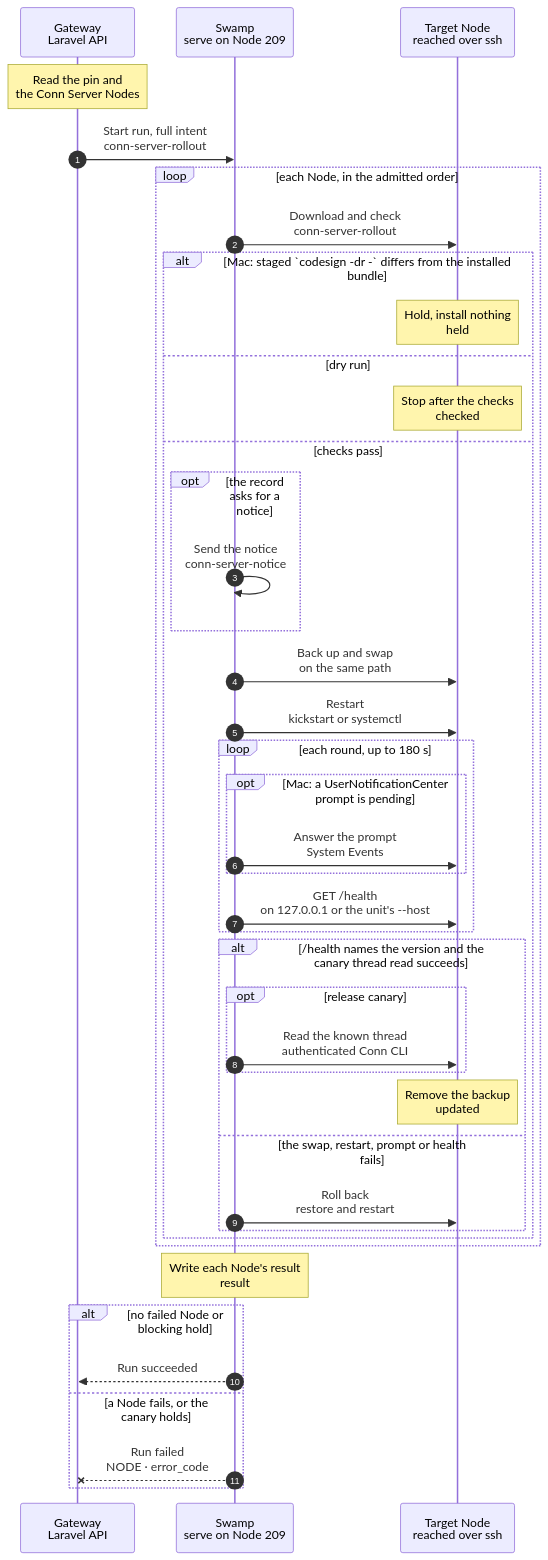
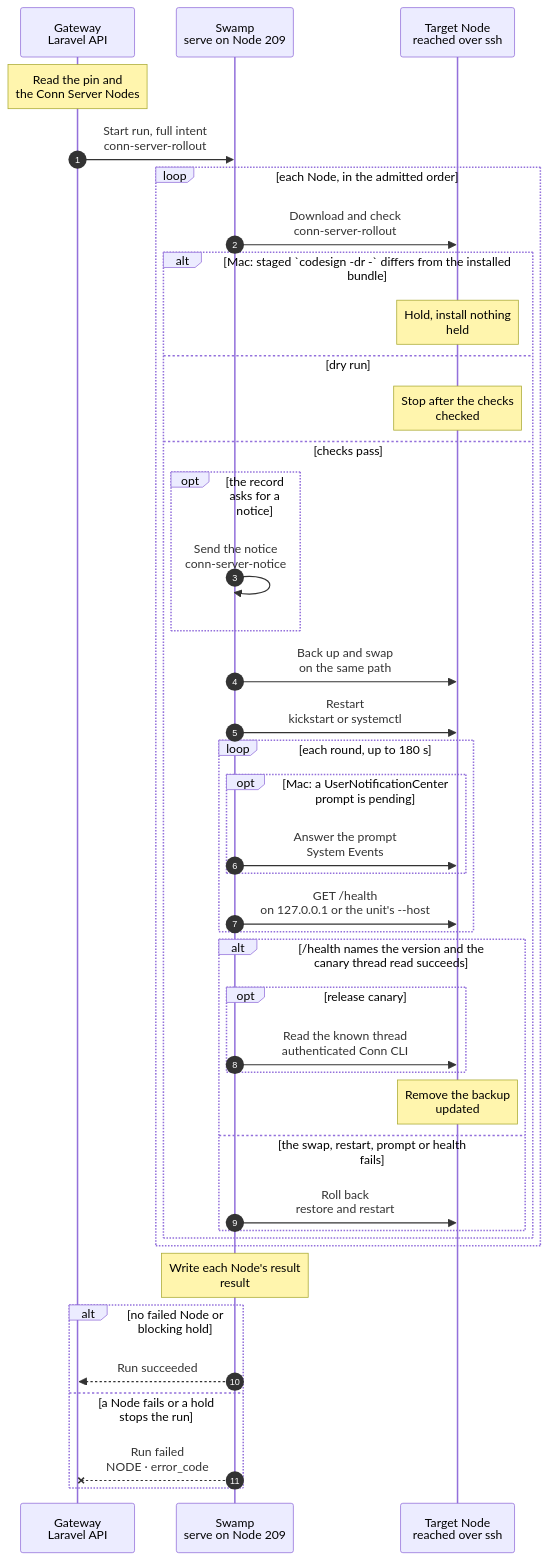
Before and after one commit to hardimpactdev/orbit: the diagram in docs/cli/fleet/conn-server-rollout.mmd, drawn with Mermaid. The commit also changed 10 other files, not shown here.

```diff
--- a/docs/cli/fleet/conn-server-rollout.mmd
+++ b/docs/cli/fleet/conn-server-rollout.mmd
@@ -1,96 +1,96 @@
 sequenceDiagram
   %% One Ansible phase, conn-server-rollout.yml, visits the admitted Conn Server Nodes one at a time, in order. docs/reference/development-containers.md#conn-server-rollout.
   %% status: draft
   %% command: none · POST /api/v1/fleet/conn-server/rollout
   %% kind: fleet.conn_server_rollout
   autonumber
   %% lane GW icon=gateway pill=intent tone=blue
   %% lane SW icon=workflow pill=executes tone=green
   %% lane N icon=server pill=target tone=amber
   participant GW as Gateway<br/>Laravel API
   participant SW as Swamp<br/>serve on Node 209
   participant N as Target Node<br/>reached over ssh
   Note over GW: Read the pin and<br/>the Conn Server Nodes
   %%> When:
   %%> - an operator posts `{"dry_run", "scope"}` to `POST /api/v1/fleet/conn-server/rollout`; both are required, so no default reaches the whole fleet
   %%> - scope `nodes` also takes `node_ids`, one to four ids that each have a record, or a validation error; `node_ids` with another scope is refused
   %%> - the release fleet pass admits the dry run and real canary for a pin with release_canary, and waits for the thread read before converging Nodes
   %%> Requirements:
   %%> - the agent folder's `conn-server` pin names a `macos_arm64` app, or `conn_server.pin_unavailable`
   %%> - exactly one `conn_server_nodes` record is the canary, or `conn_server.canary_unset`
   %%> - a gated promotion requires a passing canary operation ID and a checked dry run for every remaining Node
   %%> Picks:
   %%> - scope `canary`: the canary alone; scope `fleet`: remaining records in Node order for a gated pin, otherwise canary first; scope `nodes`: the named records alone, in the request's order
   %%> - each record names platform, path, service, port, user and whether to notify before the restart; Nodes without one and container Conn Servers are out of scope
   GW->>SW: Start run, full intent<br/>conn-server-rollout
   %%> Input:
   %%> - version, dry run, the Linux tarball and macOS zip with their SHA-256, bundle id and team, the notice target, and each Node with its SSH target
   %%> Requirements:
   %%> - at most four Nodes, so the 13,620 s deadline covers each Node's worst case and its rollback, or `conn_server.too_many_nodes`
   loop each Node, in the admitted order
     SW->>N: Download and check<br/>conn-server-rollout
     %%> What it does:
     %%> - Mac: `launchctl print gui/<uid>/<label>` checks the configured LaunchAgent before staging, including in a dry run, or `conn_server.service_not_loaded`
     %%> - checks reachability, then downloads the asset into a staging folder beside the install and checks its SHA-256, or `conn_server.hash_mismatch`
     %%> - Mac: `codesign --verify --strict --deep`, the pin's `TeamIdentifier` and bundle id, or `conn_server.signature_invalid`, `team_mismatch`, `bundle_mismatch`
     %%> - Linux: the unit's `ExecStart` is `<current>/conn-server` and the tarball holds `conn-server-<X>-linux-x64/conn-server`, or `conn_server.layout_mismatch`
     %%> - Linux: `/health` on the unit's `--host`, or 127.0.0.1 when it has none or a wildcard, answers 200 with `server: conn-server` and a version, or `conn_server.health_unreachable`
     %%> - Mac: a direct `/health` read on 127.0.0.1 with proxies and redirects disabled requires HTTP 200, `server: conn-server` and a nonblank version string, or `conn_server.health_unreachable`
     alt Mac: staged `codesign -dr -` differs from the installed bundle
       Note over N: Hold, install nothing<br/>held
       %%> Why:
       %%> - a new designated requirement resets the TCC grants; a hold stops a gated promotion or a canary update; earlier pins hold only the affected follower
     else dry run
       Note over N: Stop after the checks<br/>checked
     else checks pass
       opt the record asks for a notice
         SW->>SW: Send the notice<br/>conn-server-notice
         %%> What it does:
         %%> - posts or runs `orbit.conn.server_rollout_notice` before anything changes; a failed notice fails the Node (`conn_server.notice_failed`)
         %%> - logs neither the URL, the command nor their output
       end
       SW->>N: Back up and swap<br/>on the same path
       %%> What it does:
       %%> - Mac: a new backup folder (`conn_server.backup_exists` when it exists), the installed bundle into it, the staged bundle onto the same path, so TCC grants stay
       %%> - Linux: a new `releases/<X>-<run>` folder, then `current` moves to it with one rename
       SW->>N: Restart<br/>kickstart or systemctl
       %%> What it does:
       %%> - Mac: `launchctl kickstart -k gui/<uid>/<label>`, never a start from the SSH session; Linux: restarts the unit
       %%> - never reads or prints a LaunchAgent plist; every command has a task timeout
       loop each round, up to 180 s
         opt Mac: a UserNotificationCenter prompt is pending
           SW->>N: Answer the prompt<br/>System Events
           %%> What it does:
           %%> - reads the prompt's static texts and clicks Allow only on a Conn Server prompt for an expected permission
           %%> - any other prompt fails the Node (`conn_server.unexpected_prompt`)
         end
         SW->>N: GET /health<br/>on 127.0.0.1 or the unit's --host
         %%> What it does:
         %%> - waits for `server: conn-server` and the pin's exact version
         %%> - Mac: uses the same direct probe and response checks as the preflight read
       end
       alt /health names the version and the canary thread read succeeds
         opt release canary
           SW->>N: Read the known thread<br/>authenticated Conn CLI
         end
         Note over N: Remove the backup<br/>updated
       else the swap, restart, prompt or health fails
         SW->>N: Roll back<br/>restore and restart
         %%> What it does:
         %%> - Mac: sets the new bundle aside, puts the backup back on the path and kickstarts again; Linux: points `current` back and restarts
         %%> - the Node fails with its cause, `conn_server.health_check_failed` when `/health` never names the version; `rolled_back` is true when health confirms the preflight version
       end
     end
   end
   Note over SW: Write each Node's result<br/>result
   alt no failed Node or blocking hold
     SW-->>GW: Run succeeded
     %%> Result:
     %%> - the Operation result lists each Node's outcome: `updated`, `checked` or `held`
-  else a Node fails, or the canary holds
+  else a Node fails or a hold stops the run
     SW--xGW: Run failed<br/>NODE · error_code
     %%> Result:
     %%> - `error_code` is `conn_server.node_failed`, `conn_server.canary_held` for a held canary, or `conn_server.node_held` during promotion
     %%> Why stop:
     %%> - later Nodes are not visited and report `not_reached`, so one bad release reaches at most one Node
   end
```
